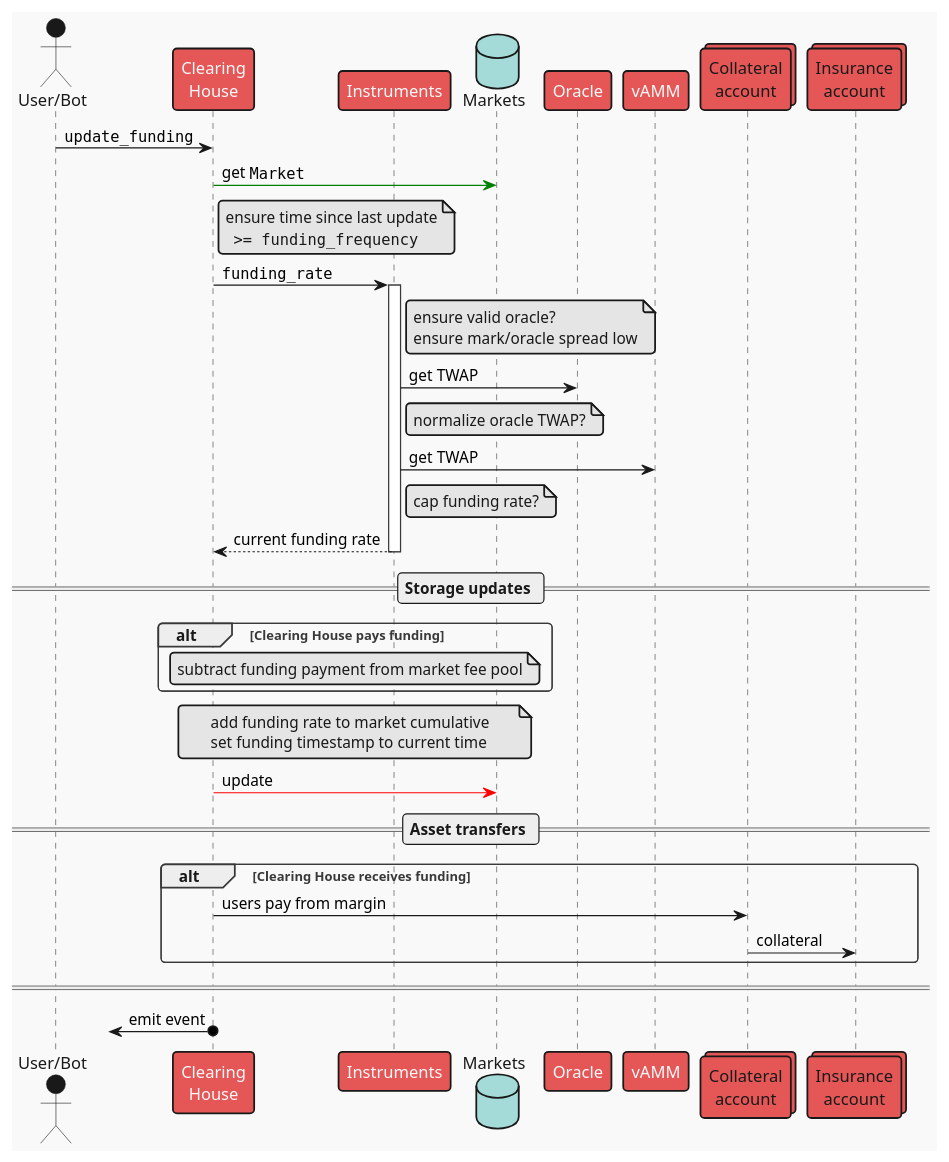
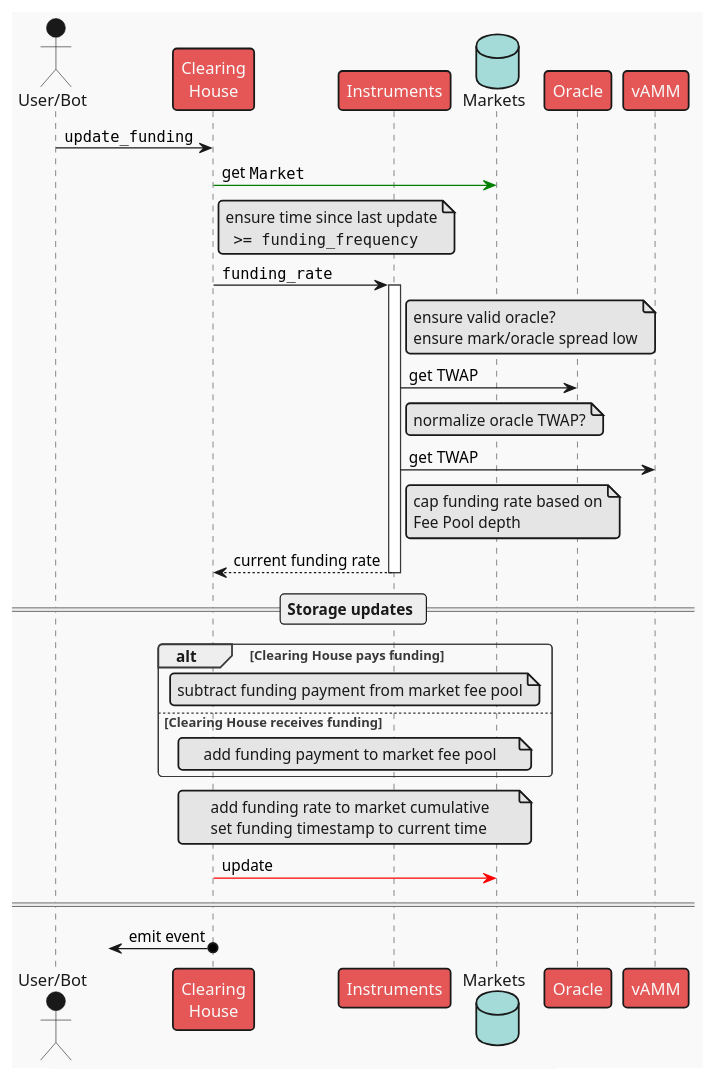
One commit to ComposableFi/composable changed the diagram in frame/clearing-house/diagrams/update-funding.plantuml. Above: the diagram before and after it, drawn with PlantUML.

Commit message:
docs(CH): update update_funding seq diagram

```diff
--- a/frame/clearing-house/diagrams/update-funding.plantuml
+++ b/frame/clearing-house/diagrams/update-funding.plantuml
@@ -1,62 +1,58 @@
 @startuml update_funding
 !theme mars
 
 actor "User/Bot" as user
 participant "Clearing\nHouse" as ch
 participant "Instruments" as inst
 database "Markets" as mkts
 participant "Oracle" as oracle
 participant "vAMM" as vamm
-collections "Collateral\naccount" as vault
-collections "Insurance\naccount" as insurance
 
 user -> ch : ""update_funding""
 
 ch -[#green]> mkts : get ""Market""
 
 note right ch
 ensure time since last update
   "">= funding_frequency""
 end note
 
 ch -> inst ++: ""funding_rate""
 note right inst
     ensure valid oracle?
     ensure mark/oracle spread low
 end note
 inst -> oracle : get TWAP
 note right inst
     normalize oracle TWAP?
 end note
 inst -> vamm : get TWAP
 note right inst
-    cap funding rate?
+    cap funding rate based on
+    Fee Pool depth
 end note
 return current funding rate
 
 == Storage updates ==
 
 alt Clearing House pays funding
     note over ch, mkts
         subtract funding payment from market fee pool
     end note
+else Clearing House receives funding
+    note over ch, mkts
+        add funding payment to market fee pool
+    end note
 end
 
 note over ch, mkts
     add funding rate to market cumulative
     set funding timestamp to current time
 end note
 ch -[#red]> mkts : update
 
-== Asset transfers ==
-
-alt Clearing House receives funding
-    ch -> vault : users pay from margin
-    vault -> insurance : collateral
-end
-
 ====
 
 ?<-o ch : emit event
 
 @enduml
```
